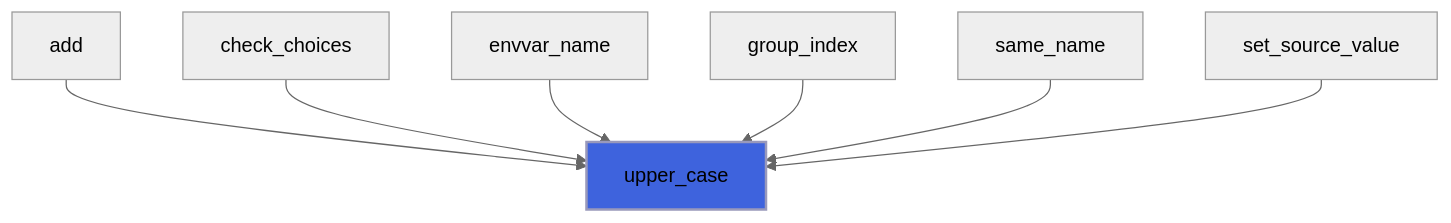
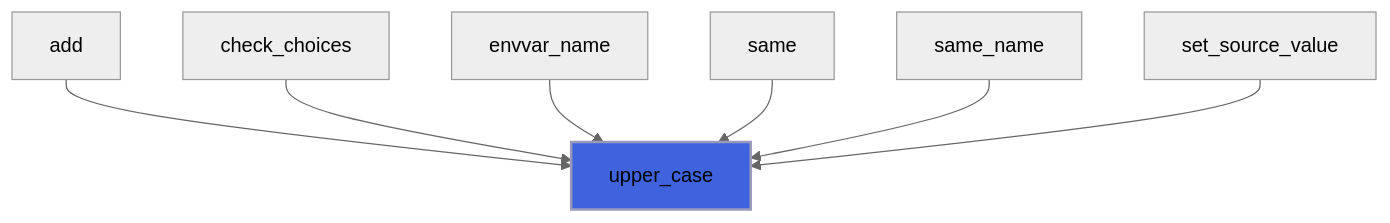
One commit to szaghi/FLAP changed diagram 14 of 15 in docs/api/src/lib/flap_utils_m.md. Above: the diagram before and after it, drawn with Mermaid (neutral theme). The commit also changed 12 other files, not shown here.

````diff
--- a/docs/api/src/lib/flap_utils_m.md
+++ b/docs/api/src/lib/flap_utils_m.md
@@ -497,10 +497,10 @@
 ```mermaid
 flowchart TD
   add["add"] --> upper_case["upper_case"]
   check_choices["check_choices"] --> upper_case["upper_case"]
   envvar_name["envvar_name"] --> upper_case["upper_case"]
-  group_index["group_index"] --> upper_case["upper_case"]
+  same["same"] --> upper_case["upper_case"]
   same_name["same_name"] --> upper_case["upper_case"]
   set_source_value["set_source_value"] --> upper_case["upper_case"]
   style upper_case fill:#3e63dd,stroke:#99b,stroke-width:2px
 ```
````
